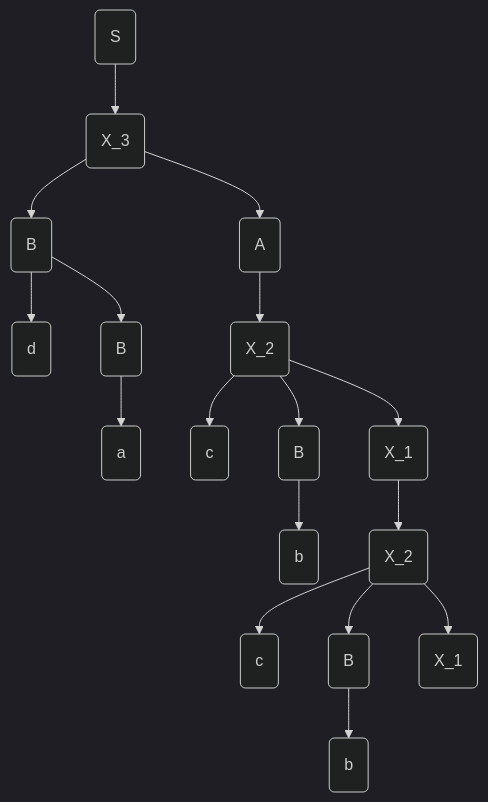
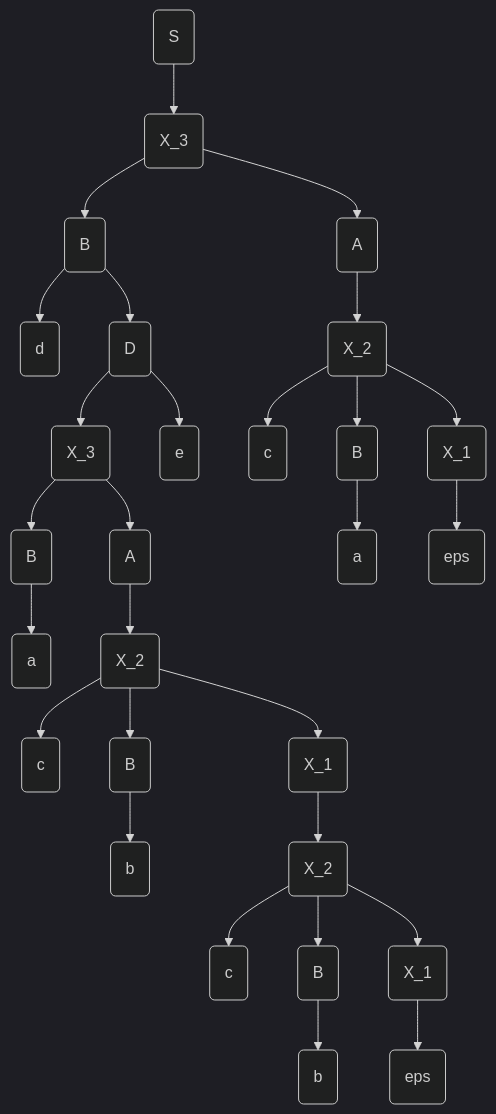
The diagram in Laborator_4.md (AntonC9018/uni_compilers), drawn with Mermaid (dark theme) before and after one commit. The commit also changed other lines of this file and 2 other files, not shown here.

````diff
--- a/Laborator_4.md
+++ b/Laborator_4.md
@@ -151,20 +186,31 @@
 ```mermaid
 flowchart TD
-A0("S") --> A1
-A1("X_3") --> A2 & A3
-A2("B") --> A4 & A5
-A3("A") --> A7
-A4("d")
-A5("B") --> A6
-A6("a")
-A7("X_2") --> A8 & A9 & A10
-A8("c")
-A9("B") --> A11
-A10("X_1") --> A12
-A11("b")
-A12("X_2") --> A13 & A14 & A15
-A13("c")
-A14("B") --> A16
-A15("X_1")
-A16("b")
+A0("S") --> A1                                         
+A1("X_3") --> A2 & A3                                  
+A2("B") --> A4 & A5                                    
+A3("A") --> A22                                        
+A4("d")                                                
+A5("D") --> A6 & A7                                    
+A6("X_3") --> A8 & A9                                  
+A7("e")                                                
+A8("B") --> A10                                        
+A9("A") --> A11                                        
+A10("a")                                               
+A11("X_2") --> A12 & A13 & A14                         
+A12("c")                                               
+A13("B") --> A15                                       
+A14("X_1") --> A16                                     
+A15("b")                                               
+A16("X_2") --> A17 & A18 & A19                         
+A17("c")                                               
+A18("B") --> A20                                       
+A19("X_1") --> A21                                     
+A20("b")                                               
+A21("eps")                                             
+A22("X_2") --> A23 & A24 & A25                         
+A23("c")                                               
+A24("B") --> A26                                       
+A25("X_1") --> A27                                     
+A26("a")                                               
+A27("eps")                                         
 ```
````
